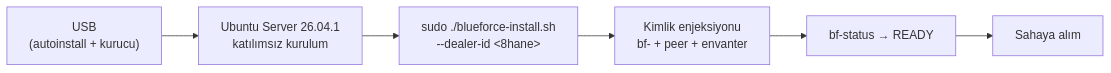
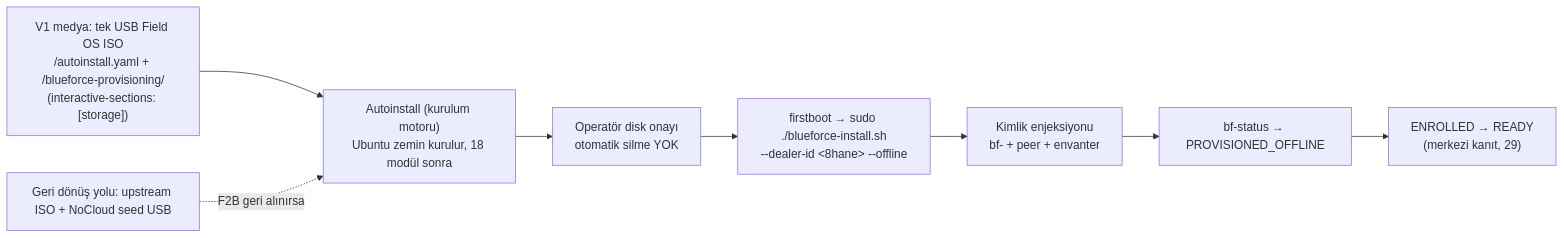
The diagram in docs/04-GOLDEN-IMAGE-AND-PROVISIONING.md (emirhanmamak-blueforce/Blueforce-Linux), drawn with Mermaid before and after one commit. The commit also changed other lines of this file and 176 other files, not shown here.

````diff
--- a/docs/04-GOLDEN-IMAGE-AND-PROVISIONING.md
+++ b/docs/04-GOLDEN-IMAGE-AND-PROVISIONING.md
@@ -122,8 +138,10 @@
 ```mermaid
 flowchart LR
-    USB["USB<br/>(autoinstall + kurucu)"] --> KUR["Ubuntu Server 26.04.1<br/>katılımsız kurulum"]
-    KUR --> TEK["sudo ./blueforce-install.sh<br/>--dealer-id <8hane>"]
+    USB["V1 medya: tek USB Field OS ISO<br/>/autoinstall.yaml + /blueforce-provisioning/<br/>(interactive-sections: [storage])"] --> KUR["Autoinstall (kurulum motoru)<br/>Ubuntu zemin kurulur, 18 modül sonra"]
+    KUR --> DISK["Operatör disk onayı<br/>otomatik silme YOK"]
+    DISK --> TEK["firstboot → sudo ./blueforce-install.sh<br/>--dealer-id &lt;8hane&gt; --offline"]
     TEK --> KIMLIK["Kimlik enjeksiyonu<br/>bf-<no> + peer + envanter"]
-    KIMLIK --> HAZIR["bf-status → READY"]
-    HAZIR --> SAHA["Sahaya alım"]
+    KIMLIK --> HAZIR["bf-status → PROVISIONED_OFFLINE"]
+    HAZIR --> SAHA["ENROLLED → READY<br/>(merkezi kanıt, 29)"]
+    FB["Geri dönüş yolu: upstream ISO + NoCloud seed USB"] -.->|"F2B geri alınırsa"| KUR
 ```
````
